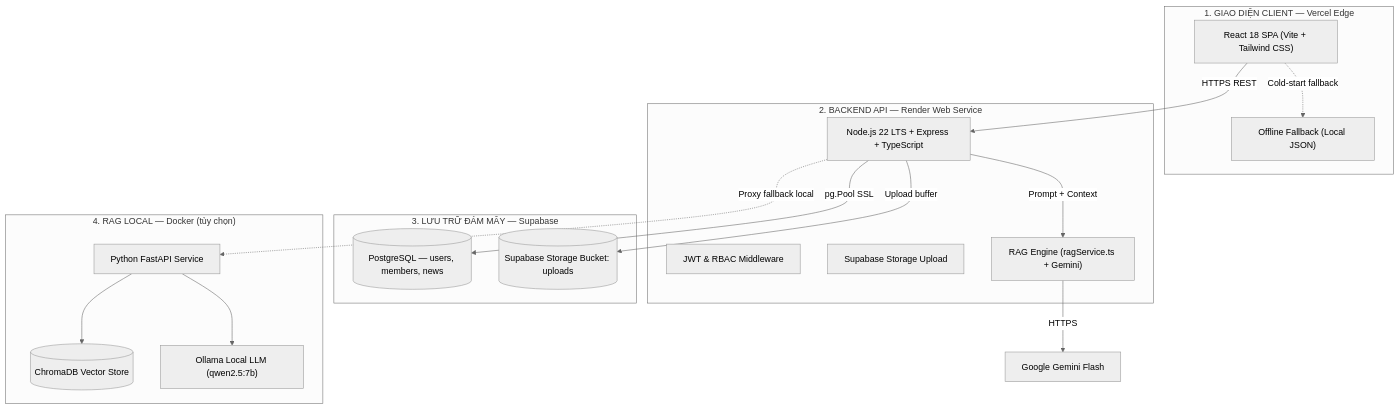
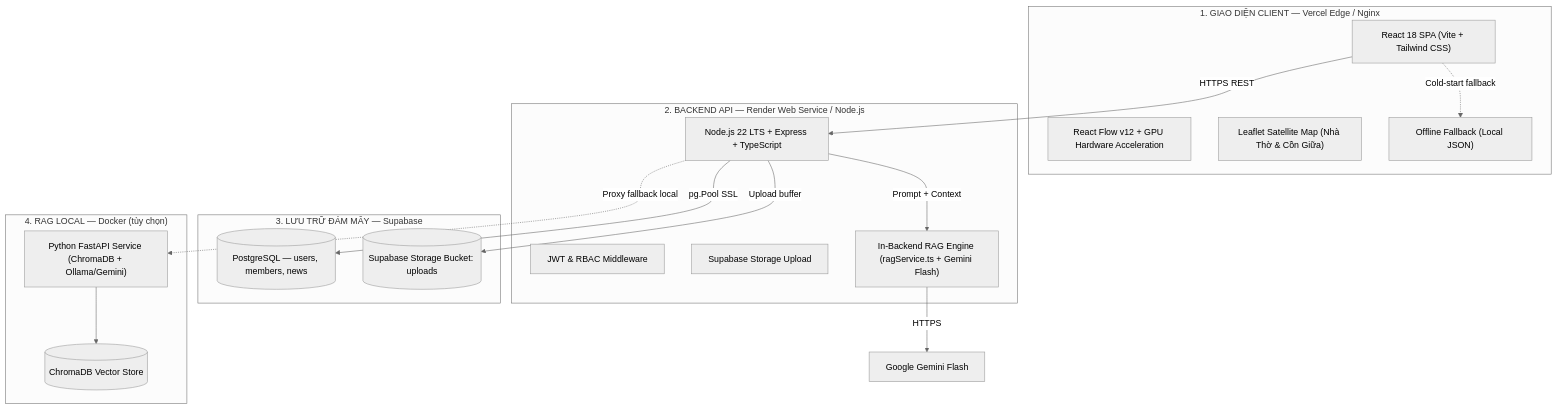
One commit to LGKAI/Portal-HoLeVan-Phai4-Chi2 changed the first of 2 diagrams in README.md. Above: the diagram before and after it, drawn with Mermaid (neutral theme). The commit also changed other lines of this file and 23 other files, not shown here.

````diff
--- a/README.md
+++ b/README.md
@@ -39,35 +40,35 @@
 ```mermaid
 flowchart TB
-    subgraph ClientTier["1. GIAO DIỆN CLIENT — Vercel Edge"]
+    subgraph ClientTier["1. GIAO DIỆN CLIENT — Vercel Edge / Nginx"]
         UI["React 18 SPA (Vite + Tailwind CSS)"]
+        TreeEngine["React Flow v12 + GPU Hardware Acceleration"]
+        LeafletGIS["Leaflet Satellite Map (Nhà Thờ & Cồn Giữa)"]
         OfflineFallback["Offline Fallback (Local JSON)"]
     end
 
-    subgraph APITier["2. BACKEND API — Render Web Service"]
+    subgraph APITier["2. BACKEND API — Render Web Service / Node.js"]
         API["Node.js 22 LTS + Express + TypeScript"]
         AuthMid["JWT & RBAC Middleware"]
         UploadMid["Supabase Storage Upload"]
-        RAGCore["RAG Engine (ragService.ts + Gemini)"]
+        RAGCore["In-Backend RAG Engine (ragService.ts + Gemini Flash)"]
     end
 
     subgraph DataTier["3. LƯU TRỮ ĐÁM MÂY — Supabase"]
         PG[("PostgreSQL — users, members, news")]
         Storage[("Supabase Storage Bucket: uploads")]
     end
 
     subgraph FallbackTier["4. RAG LOCAL — Docker (tùy chọn)"]
-        FastAPIApp["Python FastAPI Service"]
+        FastAPIApp["Python FastAPI Service (ChromaDB + Ollama/Gemini)"]
         VectorDB[("ChromaDB Vector Store")]
-        OllamaLocal["Ollama Local LLM (qwen2.5:7b)"]
     end
 
     UI -->|HTTPS REST| API
     UI -.->|Cold-start fallback| OfflineFallback
     API -->|pg.Pool SSL| PG
     API -->|Upload buffer| Storage
     API -->|Prompt + Context| RAGCore
     RAGCore -->|HTTPS| GeminiAI["Google Gemini Flash"]
     API -.->|Proxy fallback local| FastAPIApp
     FastAPIApp --> VectorDB
-    FastAPIApp --> OllamaLocal
 ```
````
